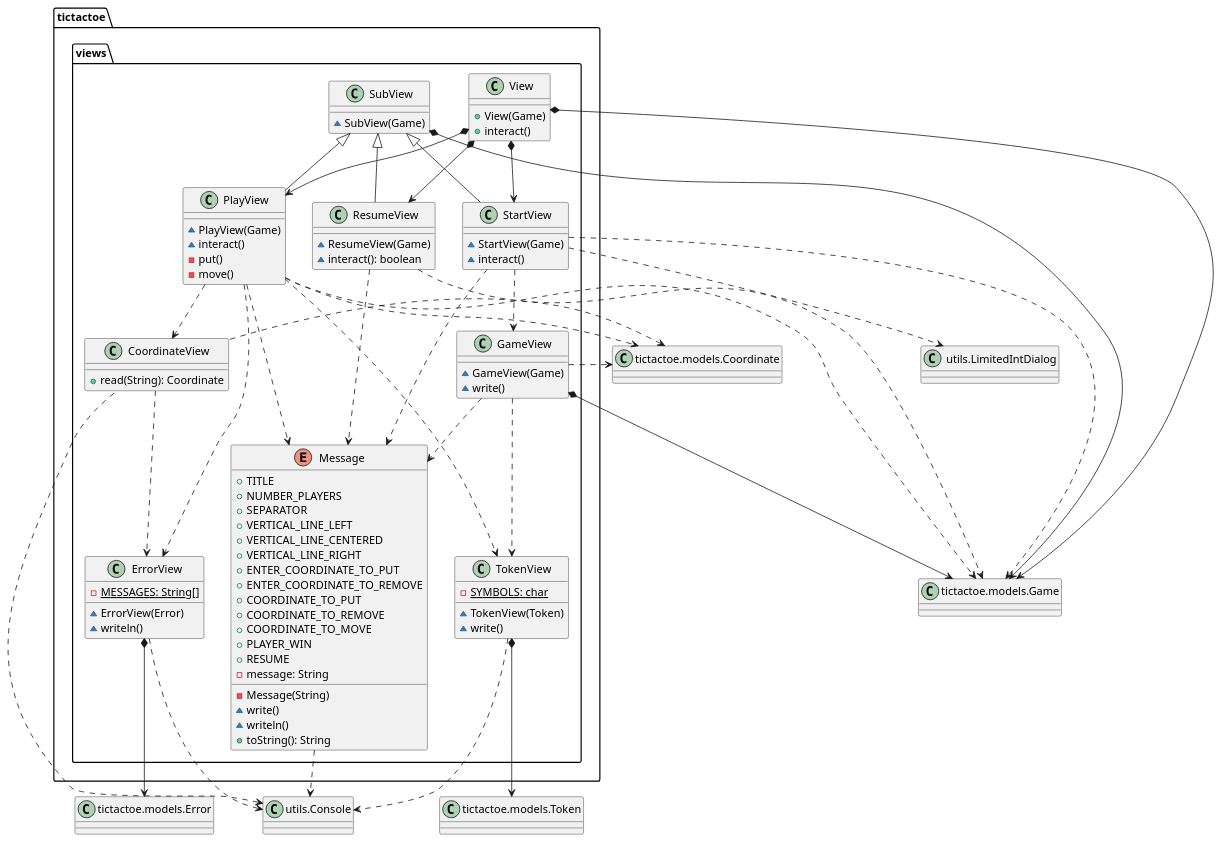
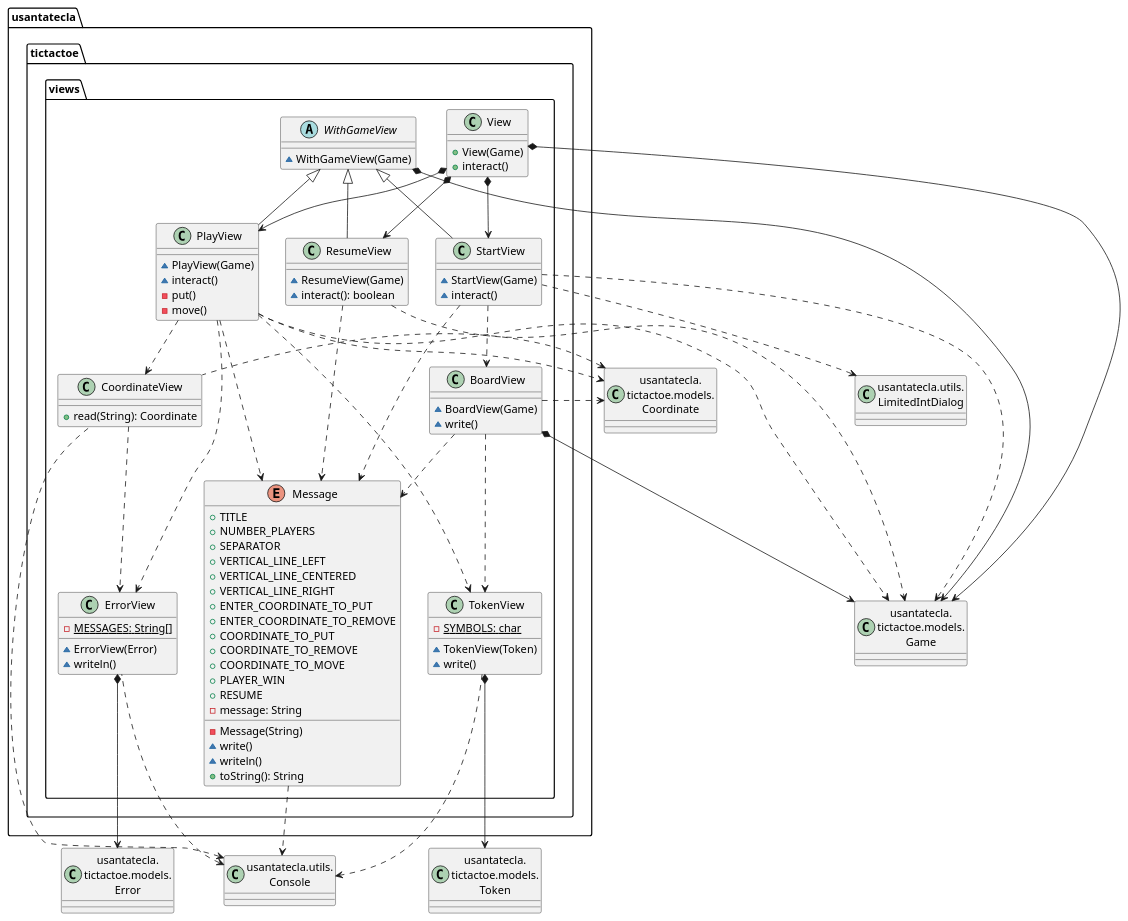
One commit to Jolucaa/USantaTecla-project-ticTacToe changed the second of 5 diagrams in documentView/console/docs/diagrams/src/paquetes.plantuml. Above: the diagram before and after it, drawn with PlantUML. The commit also changed other lines of this file and 111 other files, not shown here.

Commit message:
[dv] Added types package + refactored diagrams

```diff
--- a/documentView/console/docs/diagrams/src/paquetes.plantuml
+++ b/documentView/console/docs/diagrams/src/paquetes.plantuml
@@ -13,110 +14,110 @@
 @startuml tictactoe.views
-class Console as "utils.Console"{}
-class Coordinate as "tictactoe.models.Coordinate" {}
-class Game as "tictactoe.models.Game"{}
-class LimitedIntDialog as " utils.LimitedIntDialog"{}
-class Token as "tictactoe.models.Token"{}
-class Error as "tictactoe.models.Error"{}
+class Console as "usantatecla.utils.\nConsole"
+class Coordinate as "usantatecla.\ntictactoe.models.\nCoordinate" 
+class Game as "usantatecla.\ntictactoe.models.\nGame"
+class LimitedIntDialog as "usantatecla.utils.\nLimitedIntDialog"
+class Token as "usantatecla.\ntictactoe.models.\nToken"
+class Error as "usantatecla.\ntictactoe.models.\nError"
 
-class  tictactoe.views.CoordinateView{
-+ read(String): Coordinate
+class  usantatecla.tictactoe.views.CoordinateView{
+  + read(String): Coordinate
 }
-Console <..-down- tictactoe.views.CoordinateView
-Coordinate <..-down- tictactoe.views.CoordinateView
-tictactoe.views.CoordinateView ..> tictactoe.views.ErrorView
+Console <..-down- usantatecla.tictactoe.views.CoordinateView
+Coordinate <..-down- usantatecla.tictactoe.views.CoordinateView
+usantatecla.tictactoe.views.CoordinateView ..> usantatecla.tictactoe.views.ErrorView
 
-class  tictactoe.views.ErrorView{
-- {static} MESSAGES: String[]
-~ ErrorView(Error)
-~ writeln()
+class  usantatecla.tictactoe.views.ErrorView{
+  - {static} MESSAGES: String[]
+  ~ ErrorView(Error)
+  ~ writeln()
 }
-Console <..-down- tictactoe.views.ErrorView
-tictactoe.views.ErrorView *-down-> Error
+usantatecla.tictactoe.views.ErrorView *-down-> Error
+Console <..-down- usantatecla.tictactoe.views.ErrorView
 
-class  tictactoe.views.GameView{
-~ GameView(Game)
-~ write()
+class  usantatecla.tictactoe.views.BoardView{
+  ~ BoardView(Game)
+  ~ write()
 }
-tictactoe.views.GameView ..> tictactoe.views.Message
-tictactoe.views.GameView *-down-> Game
-tictactoe.views.GameView ..> Coordinate
-tictactoe.views.GameView ..> tictactoe.views.TokenView
+usantatecla.tictactoe.views.BoardView *-down-> Game
+usantatecla.tictactoe.views.BoardView .down.> usantatecla.tictactoe.views.Message
+usantatecla.tictactoe.views.BoardView .down.> Coordinate
+usantatecla.tictactoe.views.BoardView .down.> usantatecla.tictactoe.views.TokenView
 
-enum  tictactoe.views.Message{
-+ TITLE
-+ NUMBER_PLAYERS
-+ SEPARATOR
-+ VERTICAL_LINE_LEFT
-+ VERTICAL_LINE_CENTERED
-+ VERTICAL_LINE_RIGHT
-+ ENTER_COORDINATE_TO_PUT
-+ ENTER_COORDINATE_TO_REMOVE
-+ COORDINATE_TO_PUT
-+ COORDINATE_TO_REMOVE
-+ COORDINATE_TO_MOVE
-+	PLAYER_WIN
-+ RESUME
-- message: String
-- Message(String)
-~ write()
-~ writeln()
-+ toString(): String
+enum  usantatecla.tictactoe.views.Message{
+  + TITLE
+  + NUMBER_PLAYERS
+  + SEPARATOR
+  + VERTICAL_LINE_LEFT
+  + VERTICAL_LINE_CENTERED
+  + VERTICAL_LINE_RIGHT
+  + ENTER_COORDINATE_TO_PUT
+  + ENTER_COORDINATE_TO_REMOVE
+  + COORDINATE_TO_PUT
+  + COORDINATE_TO_REMOVE
+  + COORDINATE_TO_MOVE
+  +	PLAYER_WIN
+  + RESUME
+  - message: String
+  - Message(String)
+  ~ write()
+  ~ writeln()
+  + toString(): String
 }
-tictactoe.views.Message ..> Console
+usantatecla.tictactoe.views.Message .down.> Console
 
-class  tictactoe.views.PlayView{
-~ PlayView(Game)
-~ interact()
-- put()
-- move()
+class  usantatecla.tictactoe.views.PlayView{
+  ~ PlayView(Game)
+  ~ interact()
+  - put()
+  - move()
 }
-tictactoe.views.SubView <|-down- tictactoe.views.PlayView
-tictactoe.views.PlayView ..> Game
-tictactoe.views.PlayView ..> tictactoe.views.TokenView
-tictactoe.views.PlayView ..> tictactoe.views.Message
-tictactoe.views.PlayView ..> Coordinate
-tictactoe.views.PlayView ..> tictactoe.views.CoordinateView
-tictactoe.views.PlayView ..> tictactoe.views.ErrorView
+usantatecla.tictactoe.views.WithGameView <|-down- usantatecla.tictactoe.views.PlayView
+usantatecla.tictactoe.views.PlayView .down.> usantatecla.tictactoe.views.TokenView
+usantatecla.tictactoe.views.PlayView .down.> usantatecla.tictactoe.views.Message
+usantatecla.tictactoe.views.PlayView .down.> usantatecla.tictactoe.views.CoordinateView
+usantatecla.tictactoe.views.PlayView .down.> usantatecla.tictactoe.views.ErrorView
+usantatecla.tictactoe.views.PlayView .down.> Game
+usantatecla.tictactoe.views.PlayView .down.> Coordinate
 
-class  tictactoe.views.ResumeView{
-~ ResumeView(Game)
-~ interact(): boolean
+class  usantatecla.tictactoe.views.ResumeView{
+  ~ ResumeView(Game)
+  ~ interact(): boolean
 
 }
-tictactoe.views.SubView <|-down- tictactoe.views.ResumeView
-tictactoe.views.ResumeView ..> Game
-tictactoe.views.ResumeView ..> tictactoe.views.Message
+usantatecla.tictactoe.views.WithGameView <|-down- usantatecla.tictactoe.views.ResumeView
+usantatecla.tictactoe.views.ResumeView .down.> usantatecla.tictactoe.views.Message
+usantatecla.tictactoe.views.ResumeView .down.> Game
 
-class tictactoe.views.StartView{
-~ StartView(Game)
-~ interact()
+class usantatecla.tictactoe.views.StartView{
+  ~ StartView(Game)
+  ~ interact()
 }
-tictactoe.views.SubView <|-down- tictactoe.views.StartView
-tictactoe.views.StartView ..> Game
-tictactoe.views.StartView ..> tictactoe.views.GameView
-tictactoe.views.StartView ..> LimitedIntDialog
-tictactoe.views.StartView ..> tictactoe.views.Message
+usantatecla.tictactoe.views.WithGameView <|-down- usantatecla.tictactoe.views.StartView
+usantatecla.tictactoe.views.StartView .down.> usantatecla.tictactoe.views.BoardView
+usantatecla.tictactoe.views.StartView .down.> usantatecla.tictactoe.views.Message
+usantatecla.tictactoe.views.StartView .down.> Game
+usantatecla.tictactoe.views.StartView .down.> LimitedIntDialog
 
-class tictactoe.views.SubView{
-~ SubView(Game)
+abstract class usantatecla.tictactoe.views.WithGameView{
+  ~ WithGameView(Game)
 }
 
-tictactoe.views.SubView *--> Game
+usantatecla.tictactoe.views.WithGameView *-down-> Game
 
-class tictactoe.views.TokenView{
-- {static} SYMBOLS: char
-~ TokenView(Token)
-~ write()
+class usantatecla.tictactoe.views.TokenView{
+  - {static} SYMBOLS: char
+  ~ TokenView(Token)
+  ~ write()
 }
-tictactoe.views.TokenView *--> Token
-tictactoe.views.TokenView ..> Console
+usantatecla.tictactoe.views.TokenView *-down-> Token
+usantatecla.tictactoe.views.TokenView .down.> Console
 
-class  tictactoe.views.View{
-+ View(Game)
-+ interact()
+class  usantatecla.tictactoe.views.View{
+  + View(Game)
+  + interact()
 }
-tictactoe.views.View *-down-> Game
-tictactoe.views.View *-down-> tictactoe.views.StartView
-tictactoe.views.View *-down-> tictactoe.views.PlayView
-tictactoe.views.View *-down-> tictactoe.views.ResumeView
+usantatecla.tictactoe.views.View *-down-> usantatecla.tictactoe.views.StartView
+usantatecla.tictactoe.views.View *-down-> usantatecla.tictactoe.views.PlayView
+usantatecla.tictactoe.views.View *-down-> usantatecla.tictactoe.views.ResumeView
+usantatecla.tictactoe.views.View *-down-> Game
 @enduml
```
